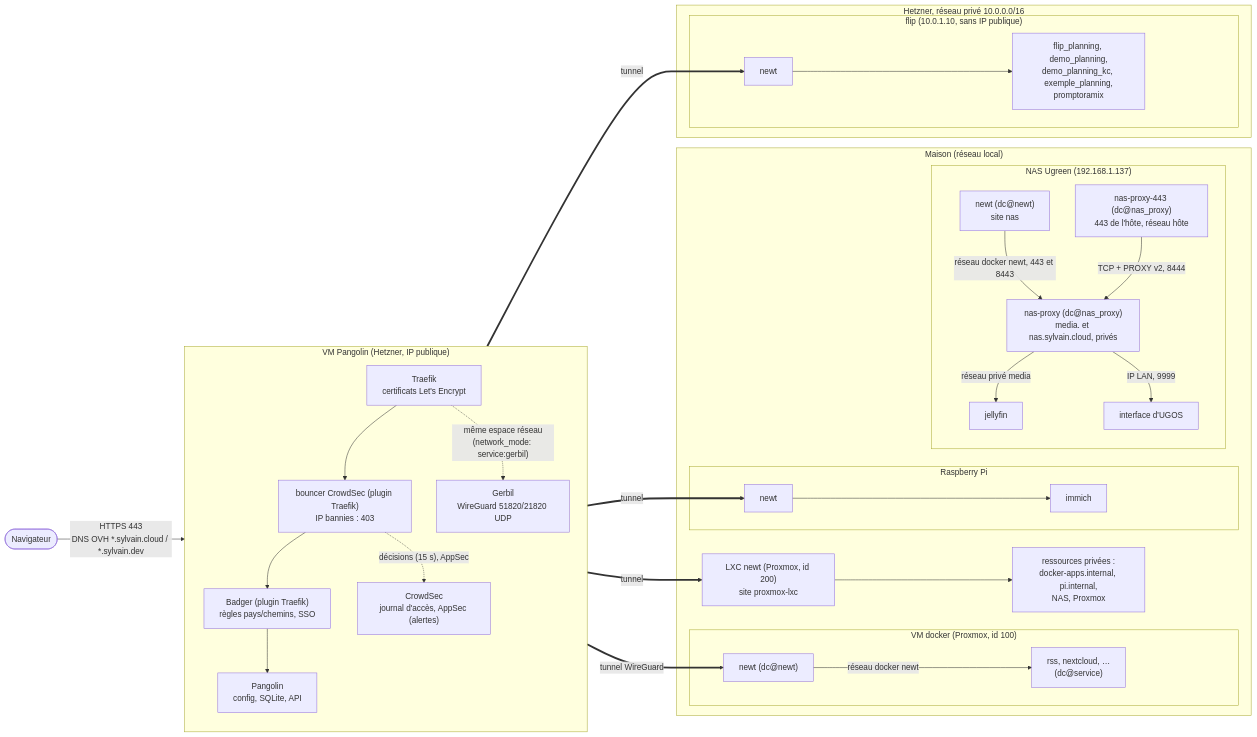
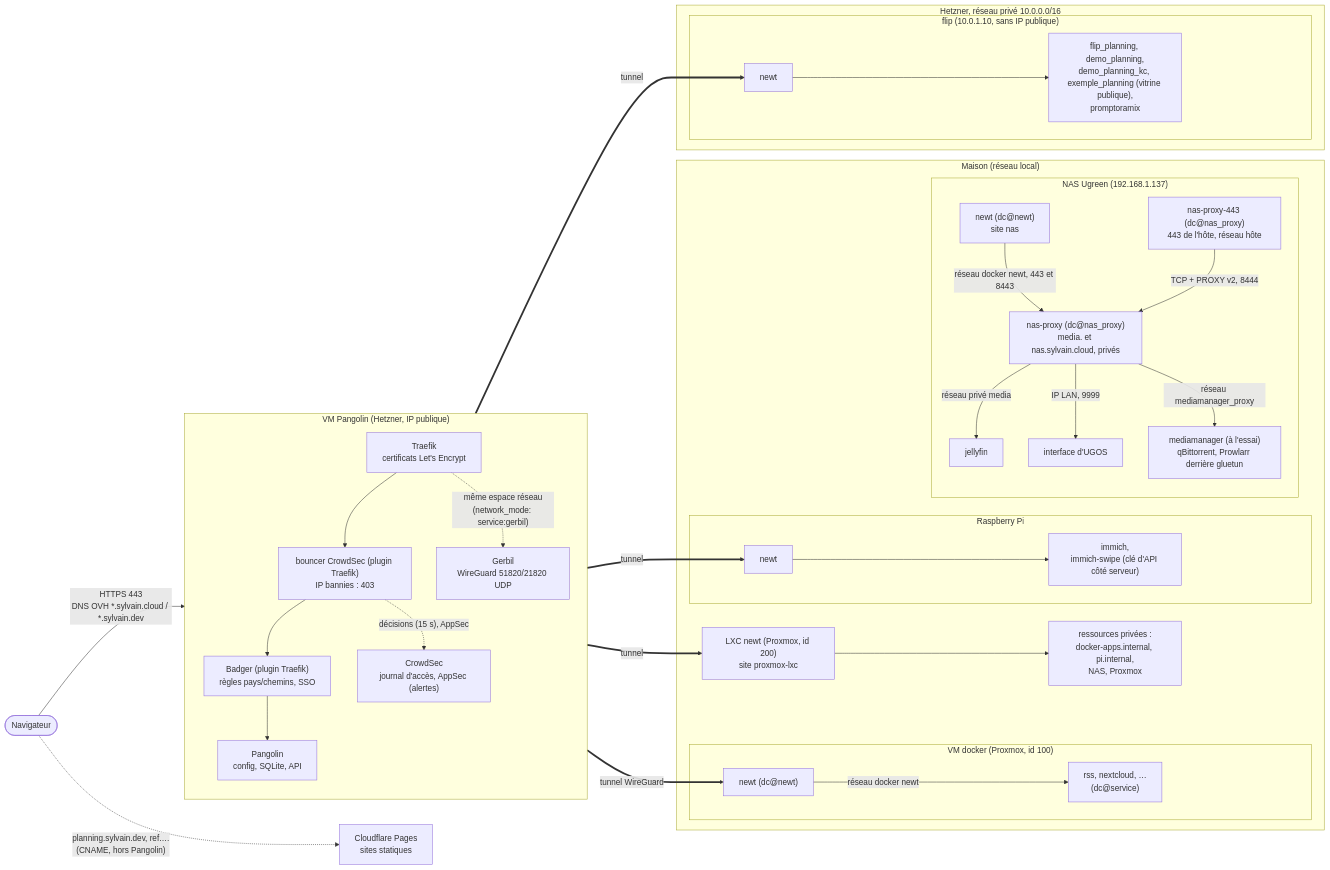
Before and after one commit to sylvainmetayer/homelab: the first of 4 diagrams in docs/architecture.md, drawn with Mermaid. The commit also changed other lines of this file and 6 other files, not shown here.

First line of the commit message:
docs: diagrammes Mermaid sur docs.sylvain.cloud, carte du homelab à jour

````diff
--- a/docs/architecture.md
+++ b/docs/architecture.md
@@ -10,44 +10,46 @@
 ```mermaid
 flowchart LR
   user([Navigateur]) -- "HTTPS 443<br/>DNS OVH *.sylvain.cloud / *.sylvain.dev" --> traefik
+  user -. "planning.sylvain.dev, ref.…<br/>(CNAME, hors Pangolin)" .-> cfpages["Cloudflare Pages<br/>sites statiques"]
 
   subgraph pangolin_vm["VM Pangolin (Hetzner, IP publique)"]
     direction TB
     traefik["Traefik<br/>certificats Let's Encrypt"]
     bouncer["bouncer CrowdSec (plugin Traefik)<br/>IP bannies : 403"]
     crowdsec["CrowdSec<br/>journal d'accès, AppSec (alertes)"]
     badger["Badger (plugin Traefik)<br/>règles pays/chemins, SSO"]
     pangolin_app["Pangolin<br/>config, SQLite, API"]
     gerbil["Gerbil<br/>WireGuard 51820/21820 UDP"]
     traefik --> bouncer --> badger --> pangolin_app
     bouncer -. "décisions (15 s), AppSec" .-> crowdsec
     traefik -. "même espace réseau<br/>(network_mode: service:gerbil)" .-> gerbil
   end
 
   gerbil == "tunnel WireGuard" ==> newt_docker
   gerbil == tunnel ==> newt_pi
   gerbil == tunnel ==> newt_flip
   gerbil == tunnel ==> newt_lxc
 
   subgraph home["Maison (réseau local)"]
     subgraph docker_vm["VM docker (Proxmox, id 100)"]
       newt_docker["newt (dc@newt)"] -- "réseau docker newt" --> app1["rss, nextcloud, …<br/>(dc@service)"]
     end
     subgraph pi["Raspberry Pi"]
-      newt_pi[newt] --> immich[immich]
+      newt_pi[newt] --> immich["immich,<br/>immich-swipe (clé d'API côté serveur)"]
     end
     newt_lxc["LXC newt (Proxmox, id 200)<br/>site proxmox-lxc"] --> lan["ressources privées :<br/>docker-apps.internal, pi.internal,<br/>NAS, Proxmox"]
     subgraph nas["NAS Ugreen (192.168.1.137)"]
       newt_nas["newt (dc@newt)<br/>site nas"] -- "réseau docker newt, 443 et 8443" --> traefik_nas["nas-proxy (dc@nas_proxy)<br/>media. et nas.sylvain.cloud, privés"]
       relay_nas["nas-proxy-443 (dc@nas_proxy)<br/>443 de l'hôte, réseau hôte"] -- "TCP + PROXY v2, 8444" --> traefik_nas
       traefik_nas -- "réseau privé media" --> jellyfin[jellyfin]
       traefik_nas -- "IP LAN, 9999" --> ugos[interface d'UGOS]
+      traefik_nas -- "réseau mediamanager_proxy" --> mediamanager["mediamanager (à l'essai)<br/>qBittorrent, Prowlarr derrière gluetun"]
     end
   end
 
   subgraph hetzner_priv["Hetzner, réseau privé 10.0.0.0/16"]
     subgraph flip["flip (10.0.1.10, sans IP publique)"]
-      newt_flip[newt] --> fp["flip_planning, demo_planning,<br/>demo_planning_kc, exemple_planning,<br/>promptoramix"]
+      newt_flip[newt] --> fp["flip_planning, demo_planning,<br/>demo_planning_kc, exemple_planning (vitrine publique),<br/>promptoramix"]
     end
   end
 ```
````
